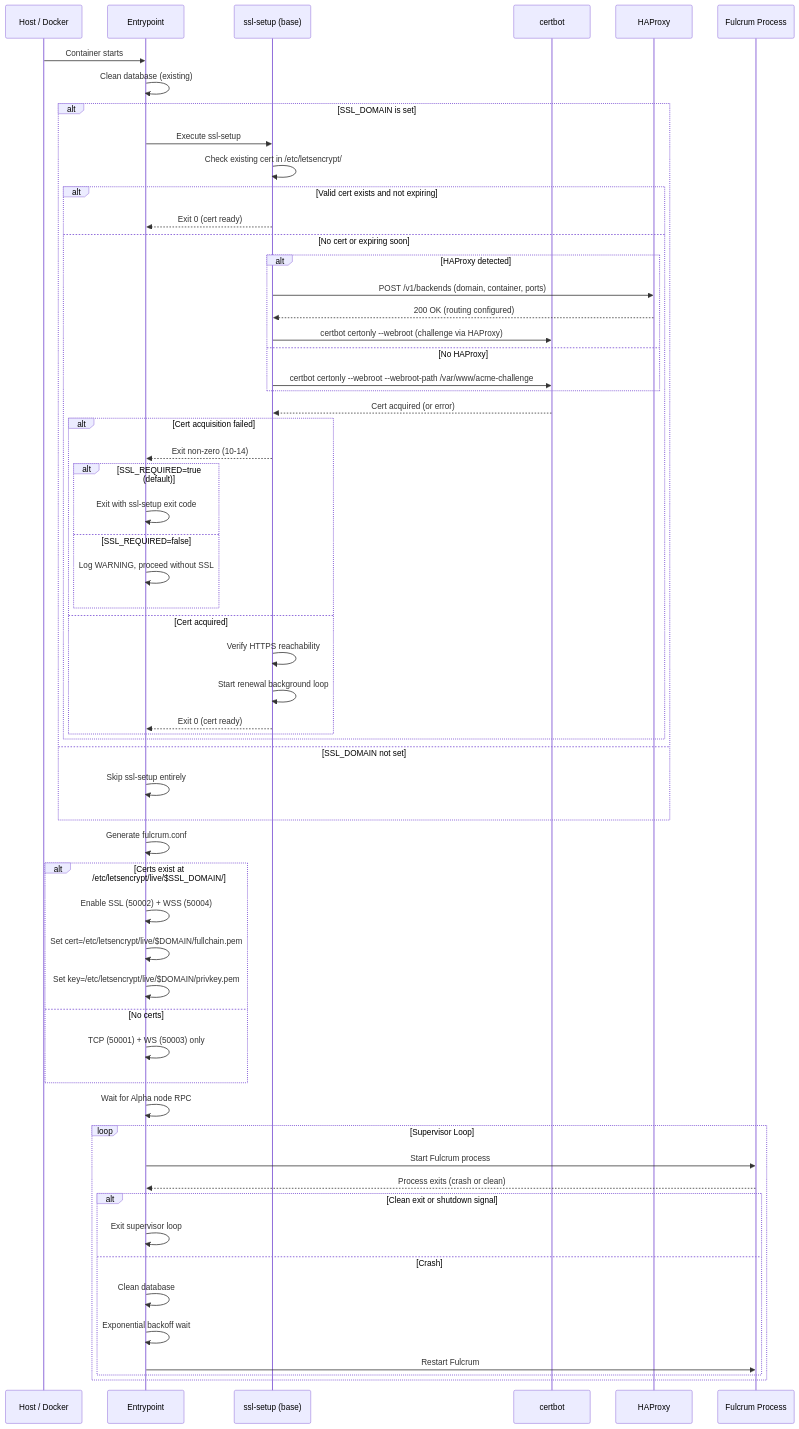
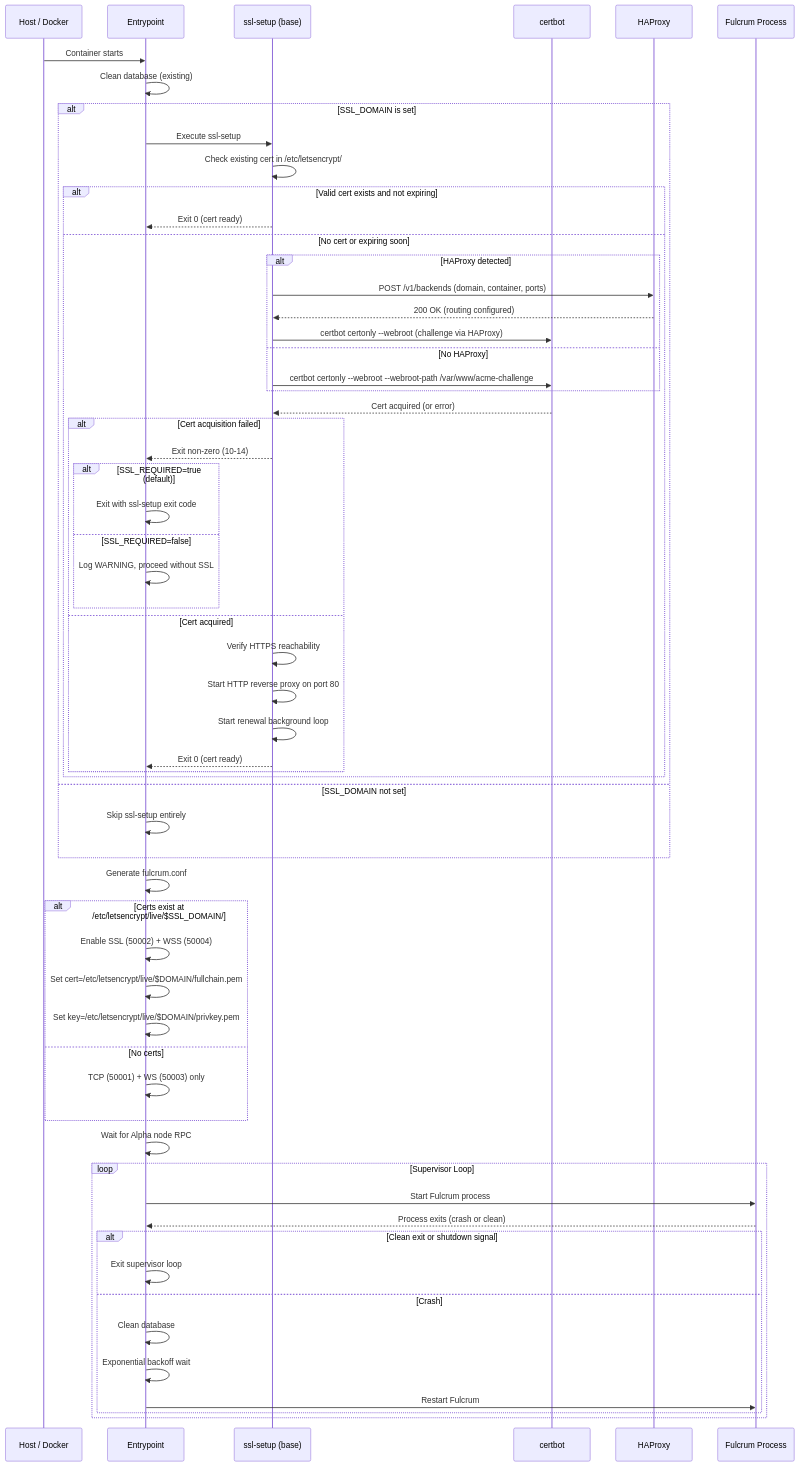
One commit to unicitynetwork/Fulcrum-Alpha changed the diagram in docker/specs/FULCRUM_SSL_INTEGRATION_SPEC.md. Above: the diagram before and after it, drawn with Mermaid. The commit also changed other lines of this file and 2 other files, not shown here.

First line of the commit message:
docs(docker): replace HTTP server with reverse proxy on port 80

````diff
--- a/docker/specs/FULCRUM_SSL_INTEGRATION_SPEC.md
+++ b/docker/specs/FULCRUM_SSL_INTEGRATION_SPEC.md
@@ -238,69 +243,70 @@
 ```mermaid
 sequenceDiagram
     participant Host as Host / Docker
     participant EP as Entrypoint
     participant SSL as ssl-setup (base)
     participant CB as certbot
     participant HA as HAProxy
     participant FP as Fulcrum Process
 
     Host->>EP: Container starts
     EP->>EP: Clean database (existing)
 
     alt SSL_DOMAIN is set
         EP->>SSL: Execute ssl-setup
         SSL->>SSL: Check existing cert in /etc/letsencrypt/
 
         alt Valid cert exists and not expiring
             SSL-->>EP: Exit 0 (cert ready)
         else No cert or expiring soon
             alt HAProxy detected
                 SSL->>HA: POST /v1/backends (domain, container, ports)
                 HA-->>SSL: 200 OK (routing configured)
                 SSL->>CB: certbot certonly --webroot (challenge via HAProxy)
             else No HAProxy
                 SSL->>CB: certbot certonly --webroot --webroot-path /var/www/acme-challenge
             end
             CB-->>SSL: Cert acquired (or error)
 
             alt Cert acquisition failed
                 SSL-->>EP: Exit non-zero (10-14)
                 alt SSL_REQUIRED=true (default)
                     EP->>EP: Exit with ssl-setup exit code
                 else SSL_REQUIRED=false
                     EP->>EP: Log WARNING, proceed without SSL
                 end
             else Cert acquired
                 SSL->>SSL: Verify HTTPS reachability
+                SSL->>SSL: Start HTTP reverse proxy on port 80
                 SSL->>SSL: Start renewal background loop
                 SSL-->>EP: Exit 0 (cert ready)
             end
         end
     else SSL_DOMAIN not set
         EP->>EP: Skip ssl-setup entirely
     end
 
     EP->>EP: Generate fulcrum.conf
 
     alt Certs exist at /etc/letsencrypt/live/$SSL_DOMAIN/
         EP->>EP: Enable SSL (50002) + WSS (50004)
         EP->>EP: Set cert=/etc/letsencrypt/live/$DOMAIN/fullchain.pem
         EP->>EP: Set key=/etc/letsencrypt/live/$DOMAIN/privkey.pem
     else No certs
         EP->>EP: TCP (50001) + WS (50003) only
     end
 
     EP->>EP: Wait for Alpha node RPC
     loop Supervisor Loop
         EP->>FP: Start Fulcrum process
         FP-->>EP: Process exits (crash or clean)
 
         alt Clean exit or shutdown signal
             EP->>EP: Exit supervisor loop
         else Crash
             EP->>EP: Clean database
             EP->>EP: Exponential backoff wait
             EP->>FP: Restart Fulcrum
         end
     end
 ```
````
